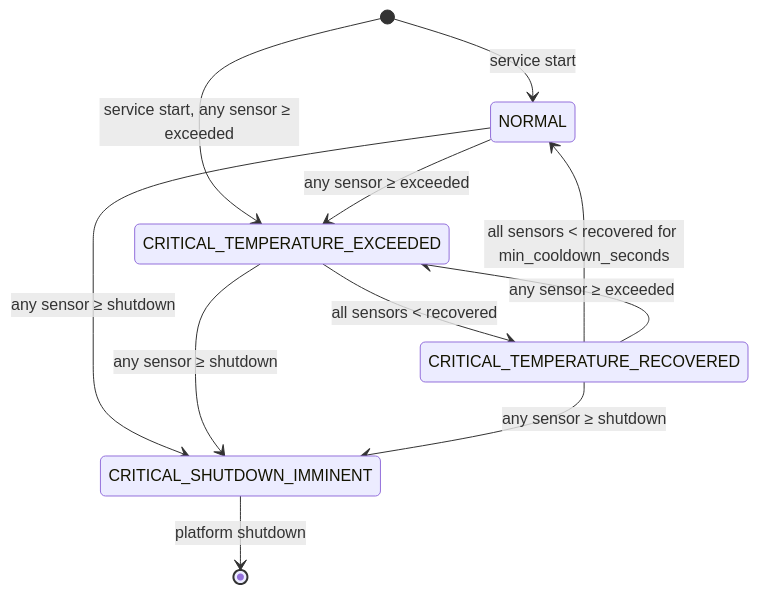
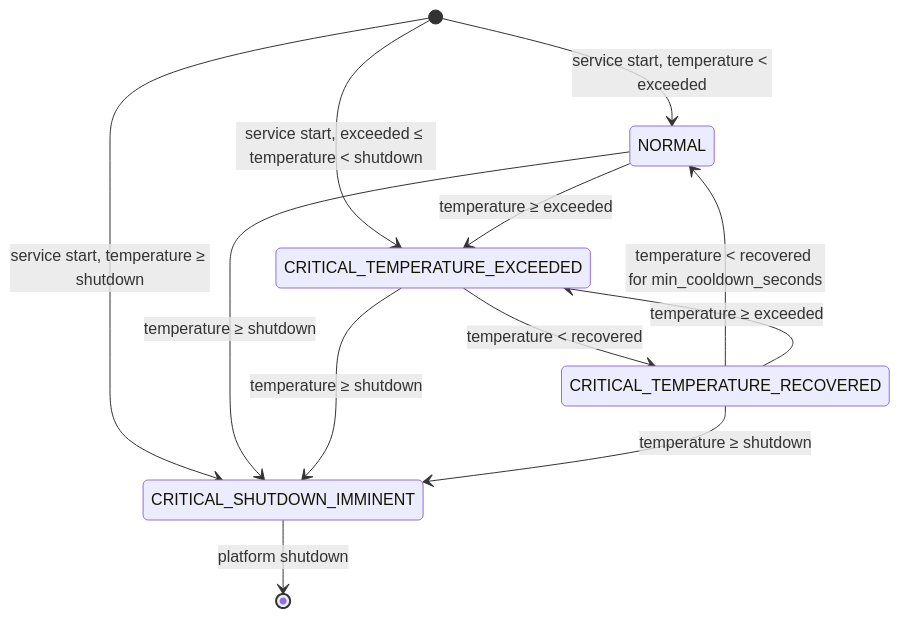
One commit to rdkcentral/rdk-halif-aidl changed the second of 4 diagrams in sensor/current/docs/thermal/thermal_sensor.md. Above: the diagram before and after it, drawn with Mermaid. The commit also changed other lines of this file and 2 other files, not shown here.

First line of the commit message:
docs(thermal): run the state machine per sensor; define start-up and cooldown expiry (#846)

````diff
--- a/sensor/current/docs/thermal/thermal_sensor.md
+++ b/sensor/current/docs/thermal/thermal_sensor.md
@@ -196,13 +196,14 @@
 ```mermaid
 stateDiagram-v2
-    [*] --> NORMAL : service start
-    [*] --> CRITICAL_TEMPERATURE_EXCEEDED : service start, any sensor ≥ exceeded
-    NORMAL --> CRITICAL_TEMPERATURE_EXCEEDED : any sensor ≥ exceeded
-    CRITICAL_TEMPERATURE_EXCEEDED --> CRITICAL_TEMPERATURE_RECOVERED : all sensors < recovered
-    CRITICAL_TEMPERATURE_RECOVERED --> NORMAL : all sensors < recovered for min_cooldown_seconds
-    CRITICAL_TEMPERATURE_RECOVERED --> CRITICAL_TEMPERATURE_EXCEEDED : any sensor ≥ exceeded
-    NORMAL --> CRITICAL_SHUTDOWN_IMMINENT : any sensor ≥ shutdown
-    CRITICAL_TEMPERATURE_EXCEEDED --> CRITICAL_SHUTDOWN_IMMINENT : any sensor ≥ shutdown
-    CRITICAL_TEMPERATURE_RECOVERED --> CRITICAL_SHUTDOWN_IMMINENT : any sensor ≥ shutdown
+    [*] --> NORMAL : service start, temperature < exceeded
+    [*] --> CRITICAL_TEMPERATURE_EXCEEDED : service start, exceeded ≤ temperature < shutdown
+    [*] --> CRITICAL_SHUTDOWN_IMMINENT : service start, temperature ≥ shutdown
+    NORMAL --> CRITICAL_TEMPERATURE_EXCEEDED : temperature ≥ exceeded
+    CRITICAL_TEMPERATURE_EXCEEDED --> CRITICAL_TEMPERATURE_RECOVERED : temperature < recovered
+    CRITICAL_TEMPERATURE_RECOVERED --> NORMAL : temperature < recovered for min_cooldown_seconds
+    CRITICAL_TEMPERATURE_RECOVERED --> CRITICAL_TEMPERATURE_EXCEEDED : temperature ≥ exceeded
+    NORMAL --> CRITICAL_SHUTDOWN_IMMINENT : temperature ≥ shutdown
+    CRITICAL_TEMPERATURE_EXCEEDED --> CRITICAL_SHUTDOWN_IMMINENT : temperature ≥ shutdown
+    CRITICAL_TEMPERATURE_RECOVERED --> CRITICAL_SHUTDOWN_IMMINENT : temperature ≥ shutdown
     CRITICAL_SHUTDOWN_IMMINENT --> [*] : platform shutdown
 ```
````
